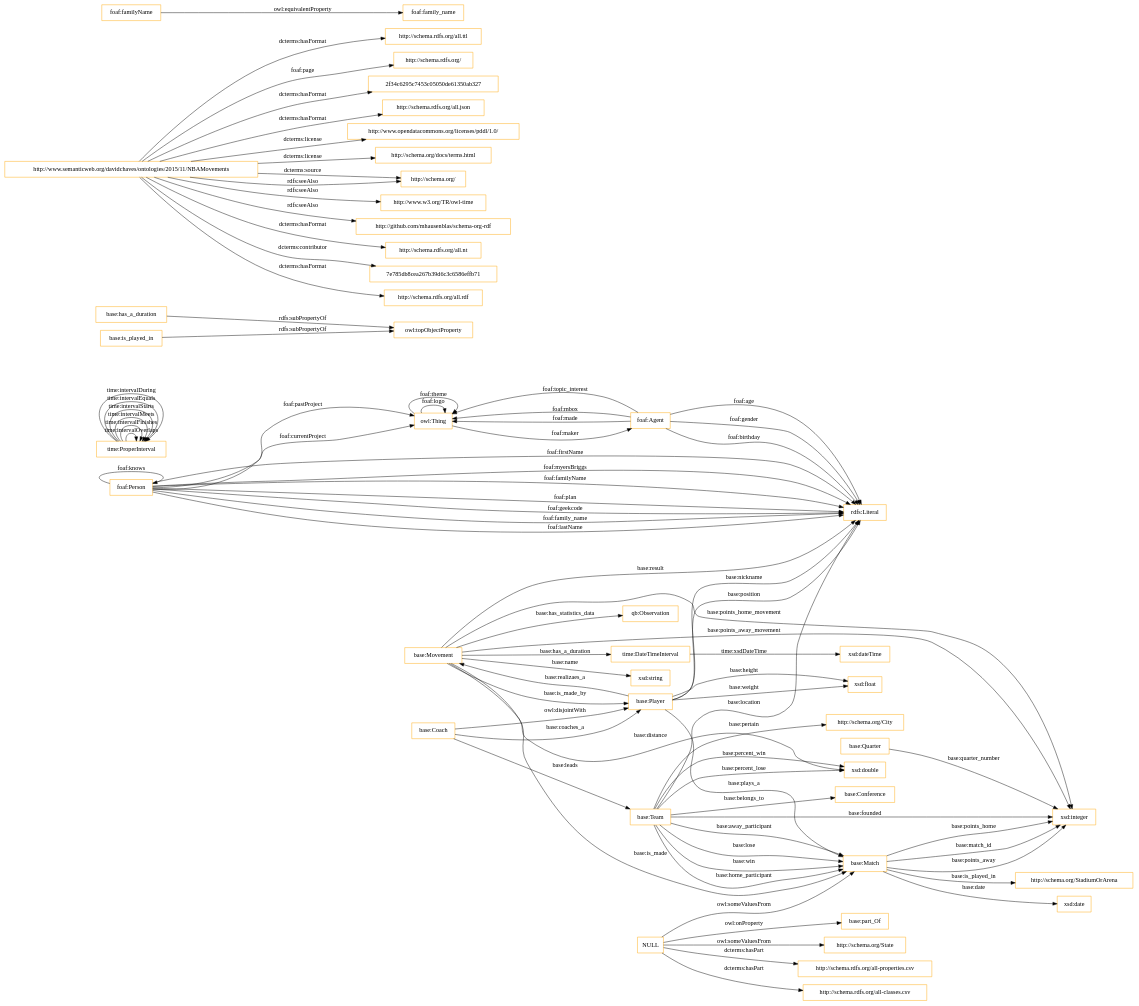
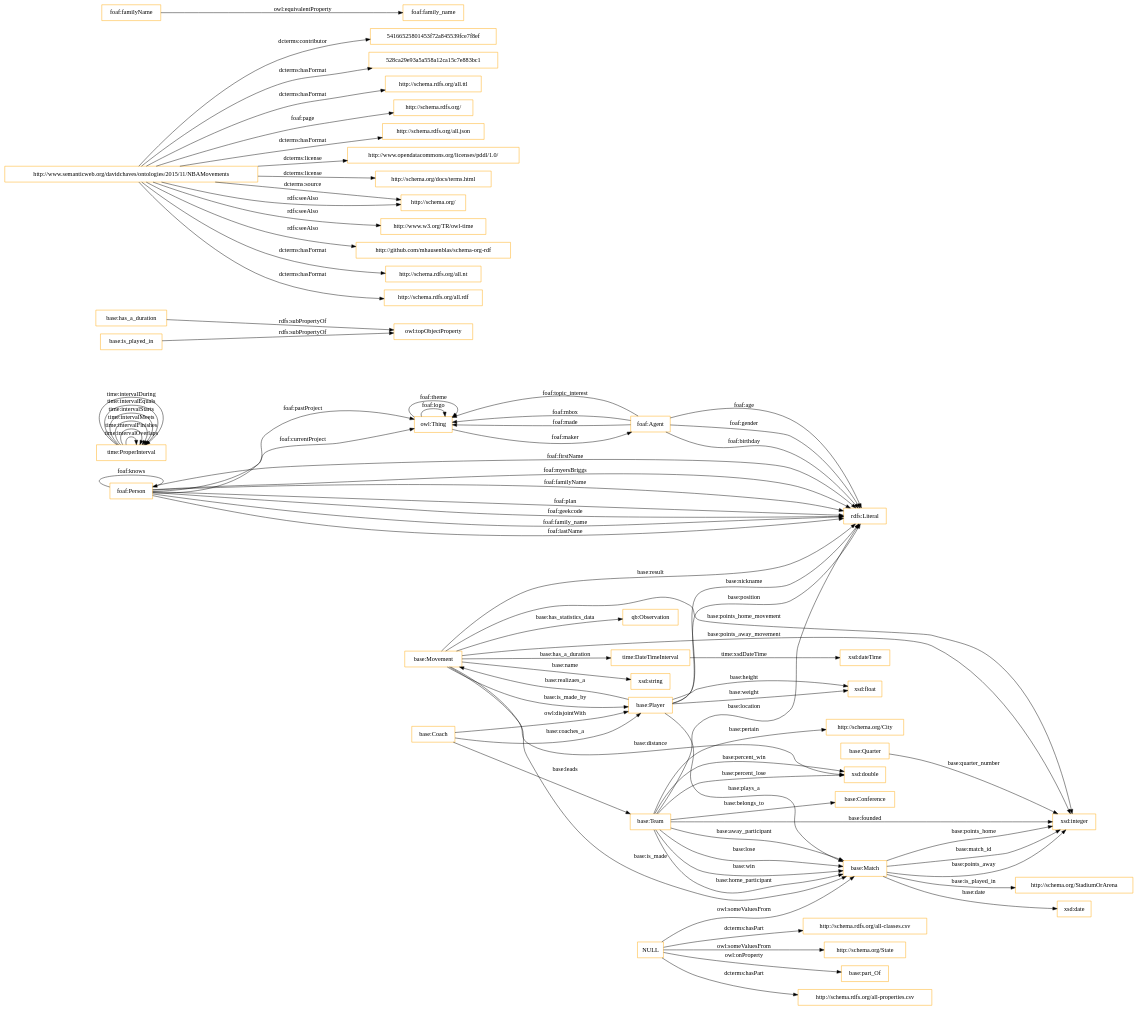
The diagram in OnToology/ontology/nba.ttl/diagrams/ar2dtool-class/nba.ttl.png.dot (OnToologyUser/nba-ontology), drawn with Graphviz before and after one commit. The commit also changed 54 other files, not shown here.

```diff
--- a/OnToology/ontology/nba.ttl/diagrams/ar2dtool-class/nba.ttl.png.dot
+++ b/OnToology/ontology/nba.ttl/diagrams/ar2dtool-class/nba.ttl.png.dot
@@ -1,87 +1,87 @@
 digraph ar2dtool_diagram { 
 rankdir=LR;
 size="1501"
 node [shape = rectangle, color="orange"]; "time:DateTimeInterval" "base:Team" "base:Coach" "time:ProperInterval" "http://schema.org/State" "http://schema.org/City" "foaf:Person" "base:Player" "base:Quarter" "http://schema.org/StadiumOrArena" "base:Match" "qb:Observation" "base:Movement" "base:Conference" ; /*classes style*/
 	"base:Coach" -> "base:Player" [ label = "owl:disjointWith" ];
 	"base:has_a_duration" -> "owl:topObjectProperty" [ label = "rdfs:subPropertyOf" ];
+	"http://www.semanticweb.org/davidchaves/ontologies/2015/11/NBAMovements" -> "54166525801453f72a845539fce7f8ef" [ label = "dcterms:contributor" ];
+	"http://www.semanticweb.org/davidchaves/ontologies/2015/11/NBAMovements" -> "528ca29e93a5a558a12ca15c7e883bc1" [ label = "dcterms:hasFormat" ];
 	"http://www.semanticweb.org/davidchaves/ontologies/2015/11/NBAMovements" -> "http://schema.rdfs.org/all.ttl" [ label = "dcterms:hasFormat" ];
 	"http://www.semanticweb.org/davidchaves/ontologies/2015/11/NBAMovements" -> "http://schema.rdfs.org/" [ label = "foaf:page" ];
-	"http://www.semanticweb.org/davidchaves/ontologies/2015/11/NBAMovements" -> "2f34c6295c7453c05050de61350ab327" [ label = "dcterms:hasFormat" ];
 	"http://www.semanticweb.org/davidchaves/ontologies/2015/11/NBAMovements" -> "http://schema.rdfs.org/all.json" [ label = "dcterms:hasFormat" ];
 	"http://www.semanticweb.org/davidchaves/ontologies/2015/11/NBAMovements" -> "http://www.opendatacommons.org/licenses/pddl/1.0/" [ label = "dcterms:license" ];
 	"http://www.semanticweb.org/davidchaves/ontologies/2015/11/NBAMovements" -> "http://schema.org/docs/terms.html" [ label = "dcterms:license" ];
 	"http://www.semanticweb.org/davidchaves/ontologies/2015/11/NBAMovements" -> "http://schema.org/" [ label = "dcterms:source" ];
 	"http://www.semanticweb.org/davidchaves/ontologies/2015/11/NBAMovements" -> "http://www.w3.org/TR/owl-time" [ label = "rdfs:seeAlso" ];
 	"http://www.semanticweb.org/davidchaves/ontologies/2015/11/NBAMovements" -> "http://schema.org/" [ label = "rdfs:seeAlso" ];
 	"http://www.semanticweb.org/davidchaves/ontologies/2015/11/NBAMovements" -> "http://github.com/mhausenblas/schema-org-rdf" [ label = "rdfs:seeAlso" ];
 	"http://www.semanticweb.org/davidchaves/ontologies/2015/11/NBAMovements" -> "http://schema.rdfs.org/all.nt" [ label = "dcterms:hasFormat" ];
-	"http://www.semanticweb.org/davidchaves/ontologies/2015/11/NBAMovements" -> "7e785db8cea267b39d6c3c6586effb71" [ label = "dcterms:contributor" ];
 	"http://www.semanticweb.org/davidchaves/ontologies/2015/11/NBAMovements" -> "http://schema.rdfs.org/all.rdf" [ label = "dcterms:hasFormat" ];
 	"base:is_played_in" -> "owl:topObjectProperty" [ label = "rdfs:subPropertyOf" ];
 	"foaf:familyName" -> "foaf:family_name" [ label = "owl:equivalentProperty" ];
+	"NULL" -> "http://schema.org/State" [ label = "owl:someValuesFrom" ];
+	"NULL" -> "base:Match" [ label = "owl:someValuesFrom" ];
+	"NULL" -> "base:part_Of" [ label = "owl:onProperty" ];
 	"NULL" -> "http://schema.rdfs.org/all-properties.csv" [ label = "dcterms:hasPart" ];
 	"NULL" -> "http://schema.rdfs.org/all-classes.csv" [ label = "dcterms:hasPart" ];
-	"NULL" -> "base:Match" [ label = "owl:someValuesFrom" ];
-	"NULL" -> "http://schema.org/State" [ label = "owl:someValuesFrom" ];
-	"NULL" -> "base:part_Of" [ label = "owl:onProperty" ];
 	"base:Team" -> "http://schema.org/City" [ label = "base:pertain" ];
 	"base:Match" -> "xsd:integer" [ label = "base:points_away" ];
 	"base:Movement" -> "xsd:string" [ label = "base:name" ];
 	"base:Player" -> "rdfs:Literal" [ label = "base:position" ];
 	"base:Team" -> "xsd:integer" [ label = "base:founded" ];
 	"base:Player" -> "xsd:float" [ label = "base:weight" ];
 	"base:Movement" -> "base:Match" [ label = "base:is_made" ];
 	"base:Movement" -> "base:Player" [ label = "base:is_made_by" ];
 	"base:Team" -> "base:Match" [ label = "base:away_participant" ];
 	"foaf:Person" -> "owl:Thing" [ label = "foaf:pastProject" ];
 	"time:ProperInterval" -> "time:ProperInterval" [ label = "time:intervalOverlaps" ];
 	"foaf:Person" -> "rdfs:Literal" [ label = "foaf:firstName" ];
 	"base:Player" -> "base:Movement" [ label = "base:realizaes_a" ];
 	"base:Team" -> "base:Conference" [ label = "base:belongs_to" ];
 	"time:DateTimeInterval" -> "xsd:dateTime" [ label = "time:xsdDateTime" ];
 	"foaf:Agent" -> "owl:Thing" [ label = "foaf:topic_interest" ];
 	"base:Match" -> "xsd:date" [ label = "base:date" ];
 	"base:Player" -> "rdfs:Literal" [ label = "base:nickname" ];
 	"base:Team" -> "rdfs:Literal" [ label = "base:location" ];
 	"base:Match" -> "xsd:integer" [ label = "base:points_home" ];
 	"base:Team" -> "xsd:double" [ label = "base:percent_win" ];
 	"foaf:Agent" -> "rdfs:Literal" [ label = "foaf:gender" ];
 	"base:Match" -> "xsd:integer" [ label = "base:match_id" ];
 	"base:Team" -> "base:Match" [ label = "base:lose" ];
 	"base:Movement" -> "xsd:integer" [ label = "base:points_away_movement" ];
 	"base:Movement" -> "rdfs:Literal" [ label = "base:result" ];
 	"base:Team" -> "base:Match" [ label = "base:win" ];
 	"base:Player" -> "xsd:float" [ label = "base:height" ];
 	"time:ProperInterval" -> "time:ProperInterval" [ label = "time:intervalFinishes" ];
 	"owl:Thing" -> "foaf:Agent" [ label = "foaf:maker" ];
 	"base:Team" -> "base:Match" [ label = "base:home_participant" ];
 	"base:Movement" -> "time:DateTimeInterval" [ label = "base:has_a_duration" ];
 	"foaf:Person" -> "rdfs:Literal" [ label = "foaf:myersBriggs" ];
 	"foaf:Person" -> "rdfs:Literal" [ label = "foaf:familyName" ];
 	"time:ProperInterval" -> "time:ProperInterval" [ label = "time:intervalMeets" ];
 	"base:Movement" -> "xsd:double" [ label = "base:distance" ];
 	"foaf:Agent" -> "owl:Thing" [ label = "foaf:mbox" ];
 	"foaf:Person" -> "foaf:Person" [ label = "foaf:knows" ];
 	"owl:Thing" -> "owl:Thing" [ label = "foaf:logo" ];
 	"owl:Thing" -> "owl:Thing" [ label = "foaf:theme" ];
 	"base:Coach" -> "base:Team" [ label = "base:leads" ];
 	"time:ProperInterval" -> "time:ProperInterval" [ label = "time:intervalStarts" ];
 	"foaf:Person" -> "rdfs:Literal" [ label = "foaf:plan" ];
 	"foaf:Person" -> "rdfs:Literal" [ label = "foaf:geekcode" ];
 	"base:Team" -> "xsd:double" [ label = "base:percent_lose" ];
 	"foaf:Person" -> "rdfs:Literal" [ label = "foaf:family_name" ];
 	"base:Movement" -> "qb:Observation" [ label = "base:has_statistics_data" ];
 	"base:Coach" -> "base:Player" [ label = "base:coaches_a" ];
 	"base:Movement" -> "xsd:integer" [ label = "base:points_home_movement" ];
 	"foaf:Agent" -> "owl:Thing" [ label = "foaf:made" ];
 	"foaf:Person" -> "owl:Thing" [ label = "foaf:currentProject" ];
 	"time:ProperInterval" -> "time:ProperInterval" [ label = "time:intervalEquals" ];
 	"time:ProperInterval" -> "time:ProperInterval" [ label = "time:intervalDuring" ];
 	"foaf:Person" -> "rdfs:Literal" [ label = "foaf:lastName" ];
 	"foaf:Agent" -> "rdfs:Literal" [ label = "foaf:birthday" ];
 	"base:Player" -> "base:Match" [ label = "base:plays_a" ];
 	"base:Match" -> "http://schema.org/StadiumOrArena" [ label = "base:is_played_in" ];
 	"foaf:Agent" -> "rdfs:Literal" [ label = "foaf:age" ];
 	"base:Quarter" -> "xsd:integer" [ label = "base:quarter_number" ];
 
 }
```
